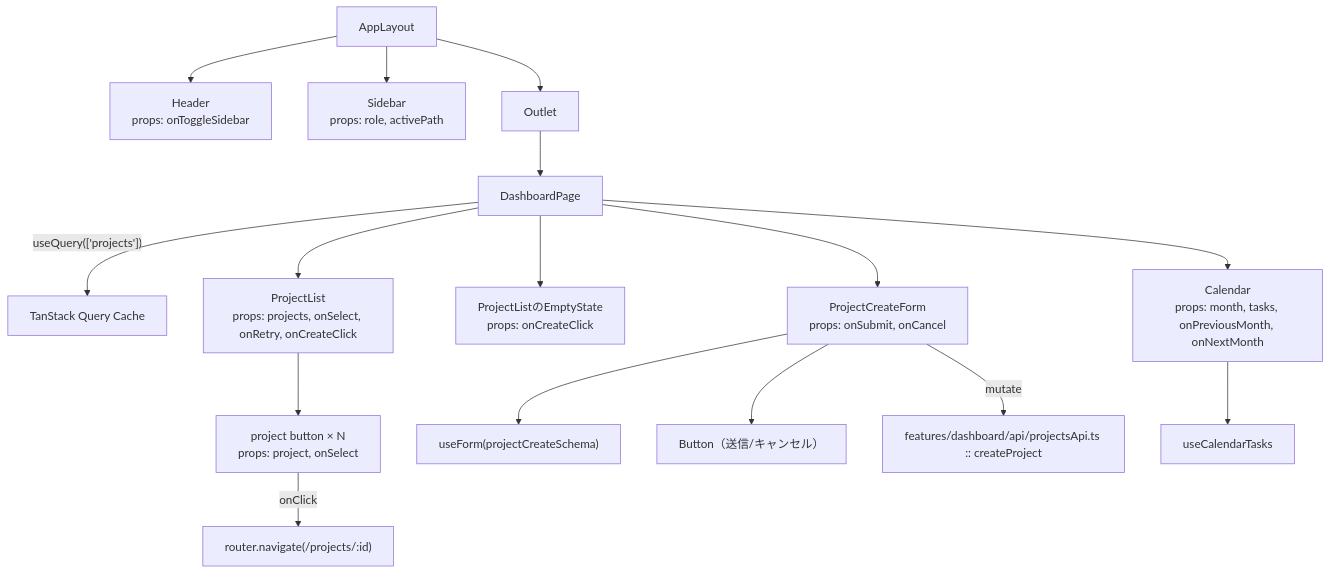
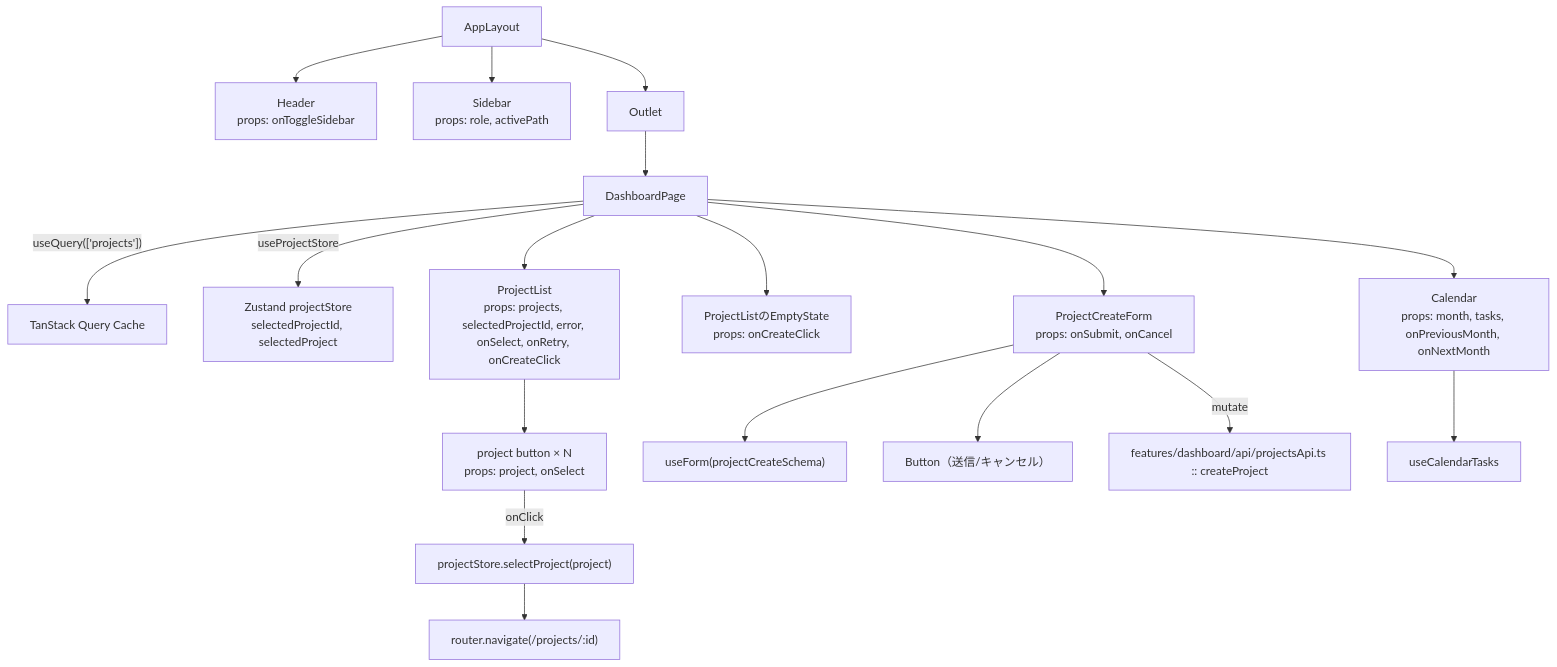
Before and after one commit to oikawa-d/task_management: the fourth of 5 diagrams in docs/detailed_design/screen/06_dashboard.md, drawn with Mermaid. The commit also changed other lines of this file and 9 other files, not shown here.

````diff
--- a/docs/detailed_design/screen/06_dashboard.md
+++ b/docs/detailed_design/screen/06_dashboard.md
@@ -212,20 +220,22 @@
 ```mermaid
 flowchart TB
     APL["AppLayout"] --> HD["Header<br/>props: onToggleSidebar"]
     APL --> SB["Sidebar<br/>props: role, activePath"]
     APL --> OUT["Outlet"]
     OUT --> DP["DashboardPage"]
 
     DP -->|"useQuery(['projects'])"| Q["TanStack Query Cache"]
-    DP --> PCL["ProjectList<br/>props: projects, onSelect, onRetry, onCreateClick"]
+    DP -->|"useProjectStore"| PS["Zustand projectStore<br/>selectedProjectId, selectedProject"]
+    DP --> PCL["ProjectList<br/>props: projects, selectedProjectId, error, onSelect, onRetry, onCreateClick"]
     PCL --> PC["project button × N<br/>props: project, onSelect"]
     DP --> EMP["ProjectListのEmptyState<br/>props: onCreateClick"]
     DP --> PCM["ProjectCreateForm<br/>props: onSubmit, onCancel"]
     PCM --> RHF["useForm(projectCreateSchema)"]
     DP --> CAL["Calendar<br/>props: month, tasks, onPreviousMonth, onNextMonth"]
     CAL --> CT["useCalendarTasks"]
     PCM --> BTN["Button（送信/キャンセル）"]
 
-    PC -->|"onClick"| NAV["router.navigate(/projects/:id)"]
+    PC -->|"onClick"| SEL["projectStore.selectProject(project)"]
+    SEL --> NAV["router.navigate(/projects/:id)"]
     PCM -->|"mutate"| EP["features/dashboard/api/projectsApi.ts :: createProject"]
 ```
````
